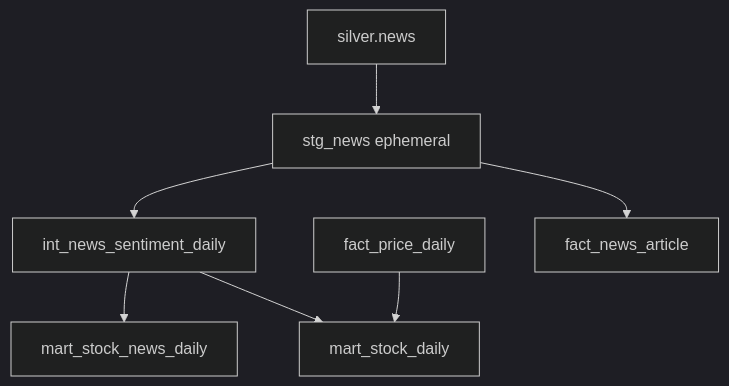
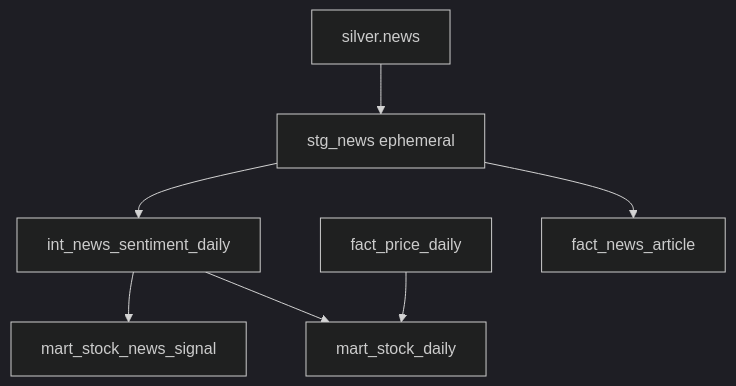
Before and after one commit to tduy2101/stock-pipeline: the second of 2 diagrams in Docs/News_data_flow.md, drawn with Mermaid (dark theme). The commit also changed other lines of this file and 81 other files, not shown here.

````diff
--- a/Docs/News_data_flow.md
+++ b/Docs/News_data_flow.md
@@ -689,16 +695,16 @@
 ```mermaid
 flowchart TB
   sn[silver.news]
   stg[stg_news ephemeral]
   int[int_news_sentiment_daily]
-  msn[mart_stock_news_daily]
+  msn[mart_stock_news_signal]
   fpd[fact_price_daily]
   msd[mart_stock_daily]
 
   sn --> stg
   stg --> int
   stg --> fna[fact_news_article]
   int --> msn
   int --> msd
   fpd --> msd
 ```
````
